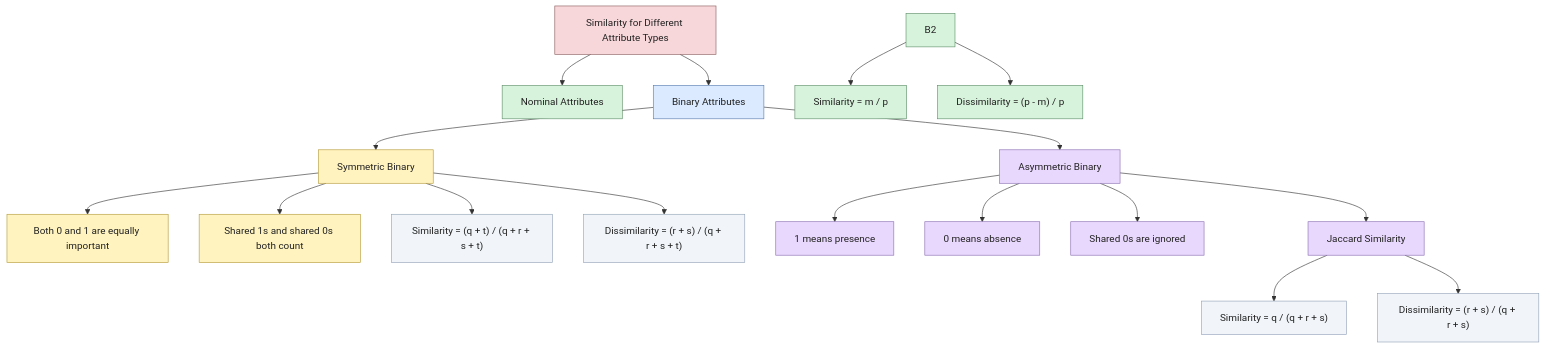
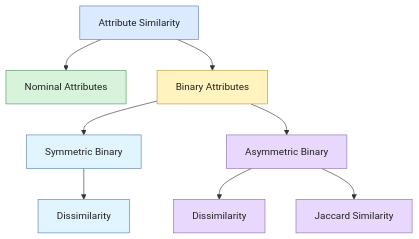
One commit to arshadhs/arshadhs.github.io changed the fourth of 5 diagrams in content/docs/ai/machine-learning/06-instance-based-learning.md. Above: the diagram before and after it, drawn with Mermaid.

```diff
--- a/content/docs/ai/machine-learning/06-instance-based-learning.md
+++ b/content/docs/ai/machine-learning/06-instance-based-learning.md
@@ -268,38 +268,25 @@
 {{< mermaid >}}
 flowchart TD
-    A["Similarity for Different Attribute Types"] --> B["Nominal Attributes"]
+    A["Attribute Similarity"] --> B["Nominal Attributes"]
     A --> C["Binary Attributes"]
-
-    B2 --> B21["Similarity = m / p"]
-    B2 --> B22["Dissimilarity = (p - m) / p"]
 
     C --> D["Symmetric Binary"]
     C --> E["Asymmetric Binary"]
 
-    D --> D1["Both 0 and 1 are equally important"]
-    D --> D2["Shared 1s and shared 0s both count"]
-    D --> D3["Similarity = (q + t) / (q + r + s + t)"]
-    D --> D4["Dissimilarity = (r + s) / (q + r + s + t)"]
+    D --> D1["Dissimilarity"]
 
-    E --> E1["1 means presence"]
-    E --> E2["0 means absence"]
-    E --> E3["Shared 0s are ignored"]
-    E --> F["Jaccard Similarity"]
+    E --> E1["Dissimilarity"]
+    E --> E2["Jaccard Similarity"]
 
-    F --> F1["Similarity = q / (q + r + s)"]
-    F --> F2["Dissimilarity = (r + s) / (q + r + s)"]
-
-    classDef root fill:#f8d7da,stroke:#8b5e5e,color:#222;
+    classDef root fill:#dbeafe,stroke:#5b7db1,color:#222;
     classDef nominal fill:#d8f3dc,stroke:#5f8f6a,color:#222;
-    classDef binary fill:#dbeafe,stroke:#5b7db1,color:#222;
-    classDef sym fill:#fff3bf,stroke:#b59b3b,color:#222;
+    classDef binary fill:#fff3bf,stroke:#b59b3b,color:#222;
+    classDef sym fill:#e1f5fe,stroke:#5b7db1,color:#222;
     classDef asym fill:#e9d8fd,stroke:#8a6fb3,color:#222;
-    classDef formula fill:#f1f5f9,stroke:#94a3b8,color:#222;
 
     class A root;
-    class B,B1,B2,B3,B21,B22 nominal;
+    class B,B1,B2 nominal;
     class C binary;
-    class D,D1,D2 sym;
-    class E,E1,E2,E3,F asym;
-    class D3,D4,F1,F2 formula;
+    class D,D1 sym;
+    class E,E1,E2 asym;
 {{< /mermaid >}}
```
